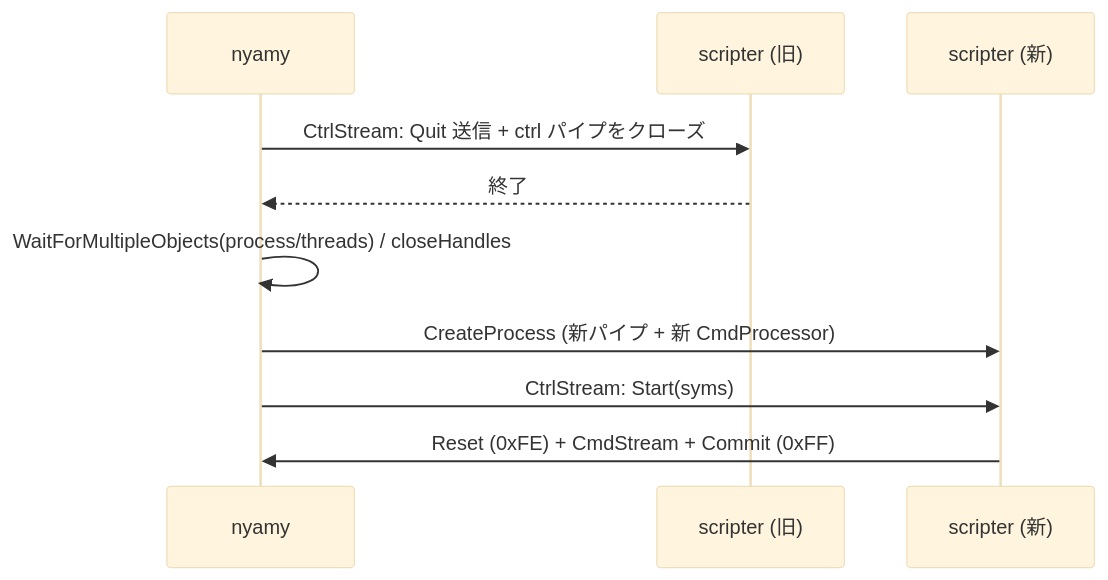
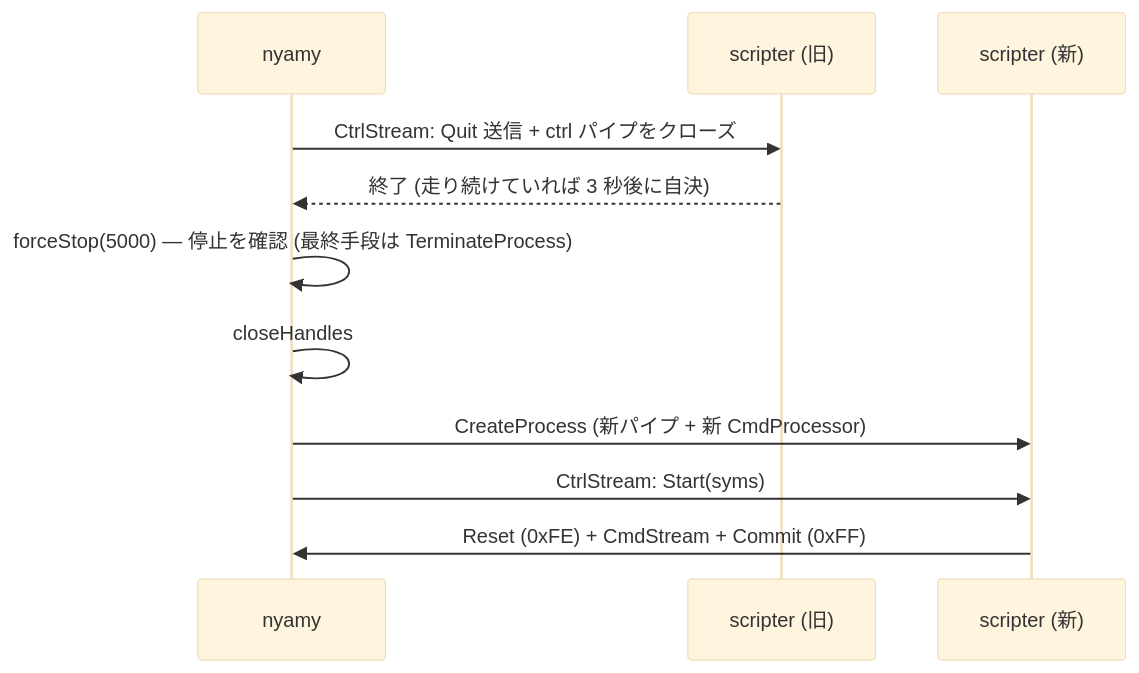
The second of 2 diagrams in doc/scripter-design/protocol.md (vmi/nyamy), drawn with Mermaid (base theme) before and after one commit. The commit also changed other lines of this file and 15 other files, not shown here.

````diff
--- a/doc/scripter-design/protocol.md
+++ b/doc/scripter-design/protocol.md
@@ -233,13 +263,14 @@
 ```mermaid
 sequenceDiagram
     participant nyamy
     participant old as scripter (旧)
     participant new as scripter (新)
 
     nyamy->>old: CtrlStream: Quit 送信 + ctrl パイプをクローズ
-    old-->>nyamy: 終了
-    nyamy->>nyamy: WaitForMultipleObjects(process/threads) / closeHandles
+    old-->>nyamy: 終了 (走り続けていれば 3 秒後に自決)
+    nyamy->>nyamy: forceStop(5000) — 停止を確認 (最終手段は TerminateProcess)
+    nyamy->>nyamy: closeHandles
     nyamy->>new: CreateProcess (新パイプ + 新 CmdProcessor)
     nyamy->>new: CtrlStream: Start(syms)
     new->>nyamy: Reset (0xFE) + CmdStream + Commit (0xFF)
 ```
````
